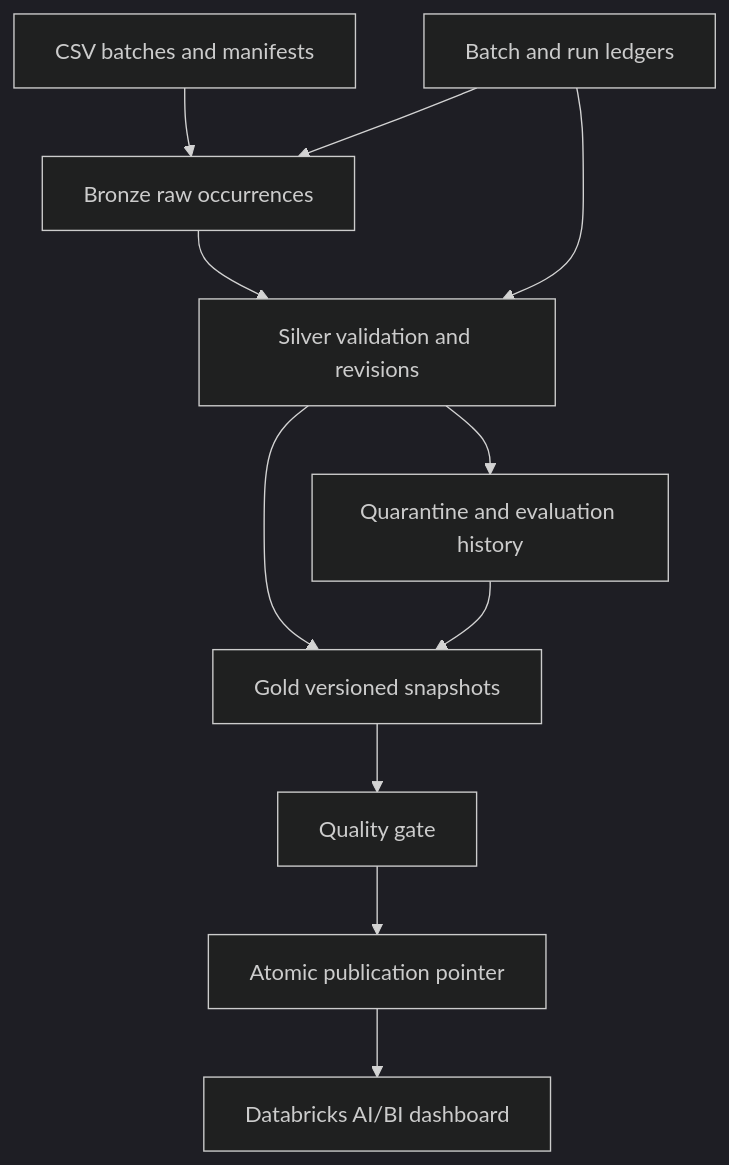
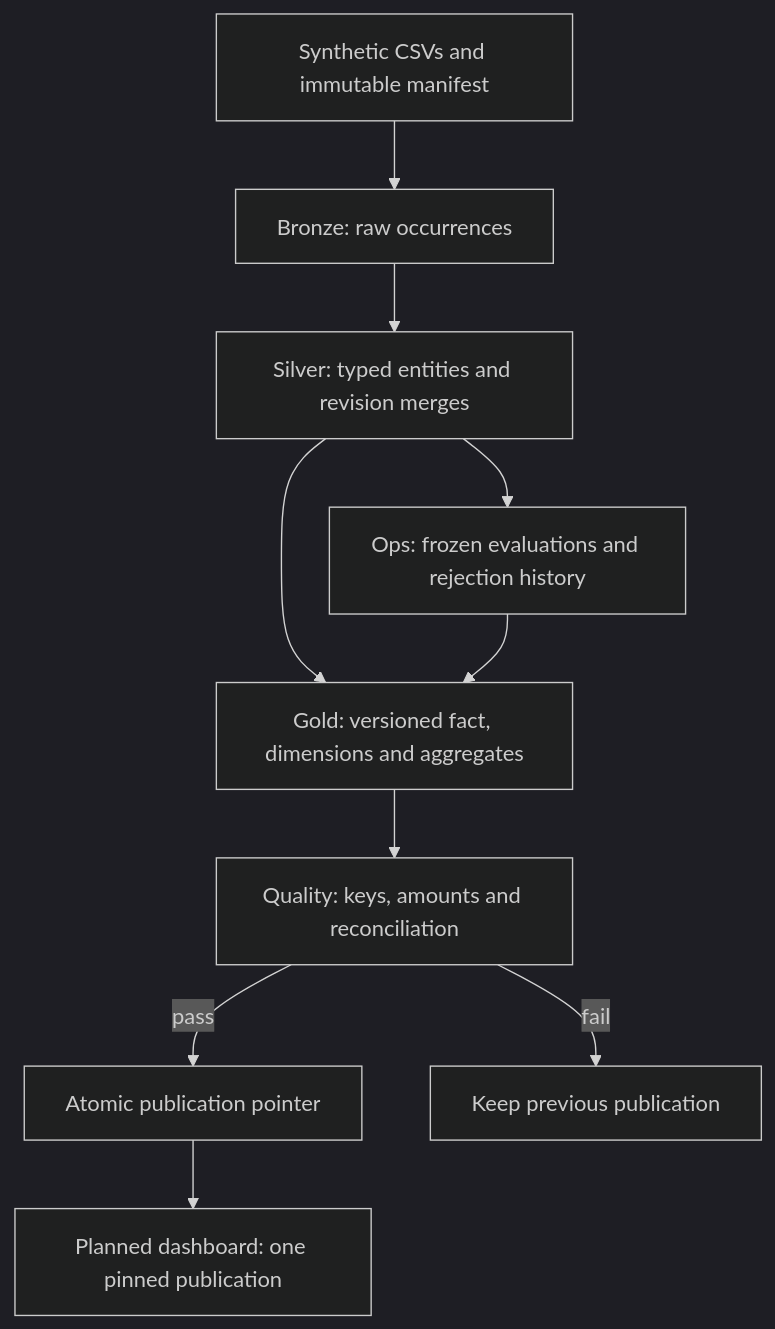
Before and after one commit to RussypherIOIIOI/RretailfowR: the diagram in README.md, drawn with Mermaid (dark theme). The commit also changed other lines of this file and 24 other files, not shown here.

Commit message:
Document RetailFlow architecture, operations, evidence, and portfolio walkthrough

````diff
--- a/README.md
+++ b/README.md
@@ -23,13 +33,12 @@
 ```mermaid
 flowchart TD
-    A["CSV batches and manifests"] --> B["Bronze raw occurrences"]
-    B --> C["Silver validation and revisions"]
-    C --> D["Gold versioned snapshots"]
-    C --> E["Quarantine and evaluation history"]
-    E --> D
-    D --> F["Quality gate"]
-    F --> G["Atomic publication pointer"]
-    G --> H["Databricks AI/BI dashboard"]
-    I["Batch and run ledgers"] --> B
-    I --> C
+    INPUT["Synthetic CSVs and immutable manifest"] --> BRONZE["Bronze: raw occurrences"]
+    BRONZE --> SILVER["Silver: typed entities and revision merges"]
+    SILVER --> GOLD["Gold: versioned fact, dimensions and aggregates"]
+    SILVER --> EVAL["Ops: frozen evaluations and rejection history"]
+    EVAL --> GOLD
+    GOLD --> GATE["Quality: keys, amounts and reconciliation"]
+    GATE -->|"pass"| POINTER["Atomic publication pointer"]
+    GATE -->|"fail"| HOLD["Keep previous publication"]
+    POINTER --> BI["Planned dashboard: one pinned publication"]
 ```
````
